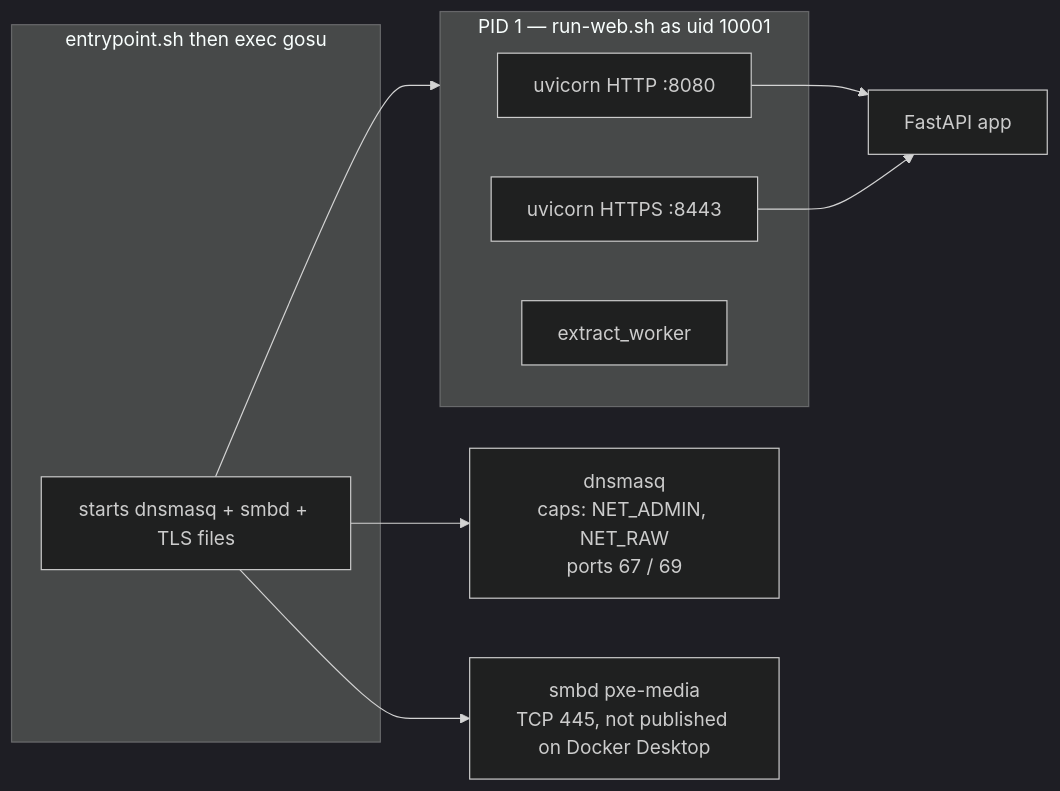
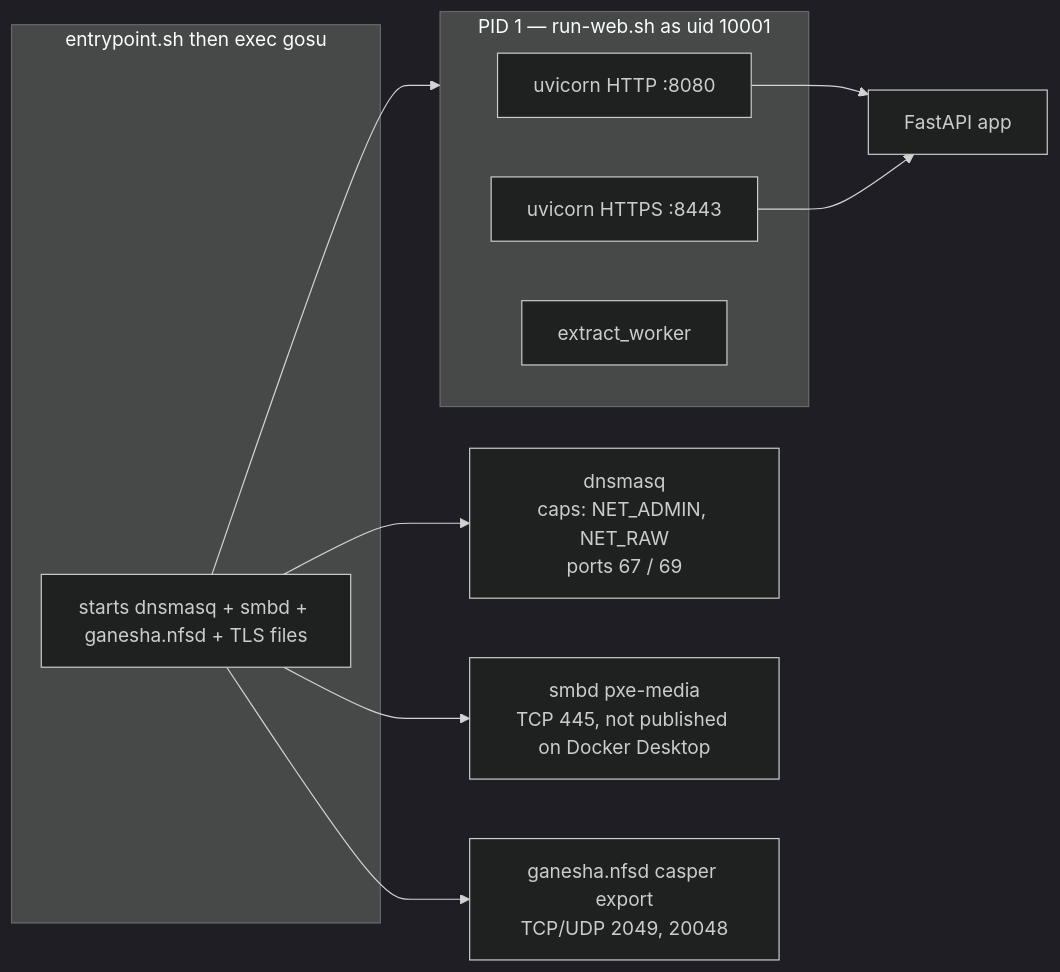
Before and after one commit to hometinker12/home-lab-pxe: the second of 24 diagrams in ARCHITECTURE.md, drawn with Mermaid (dark theme). The commit also changed other lines of this file and 45 other files, not shown here.

First line of the commit message:
Serve Ubuntu casper over NFS and drop extracted ISOs

````diff
--- a/ARCHITECTURE.md
+++ b/ARCHITECTURE.md
@@ -59,16 +59,17 @@
 ```mermaid
 flowchart LR
    subgraph pid1["PID 1 — run-web.sh as uid 10001"]
     H["uvicorn HTTP :8080"]
     S["uvicorn HTTPS :8443"]
     X["extract_worker"]
   end
   subgraph root["entrypoint.sh then exec gosu"]
-    E["starts dnsmasq + smbd + TLS files"]
+    E["starts dnsmasq + smbd + ganesha.nfsd + TLS files"]
   end
   E --> D["dnsmasq<br/>caps: NET_ADMIN, NET_RAW<br/>ports 67 / 69"]
   E --> SMB["smbd pxe-media<br/>TCP 445, not published on Docker Desktop"]
+  E --> NFS["ganesha.nfsd casper export<br/>TCP/UDP 2049, 20048"]
   E --> pid1
   H --> F["FastAPI app"]
   S --> F
 ```
````
